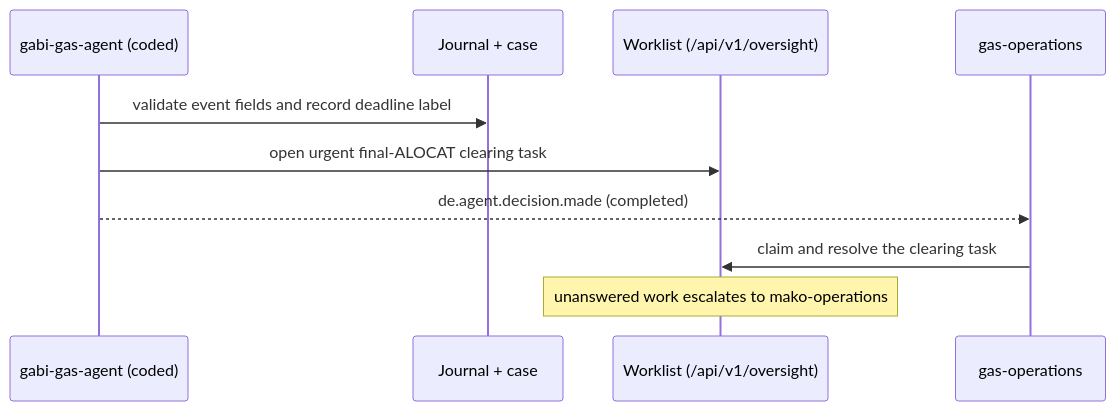
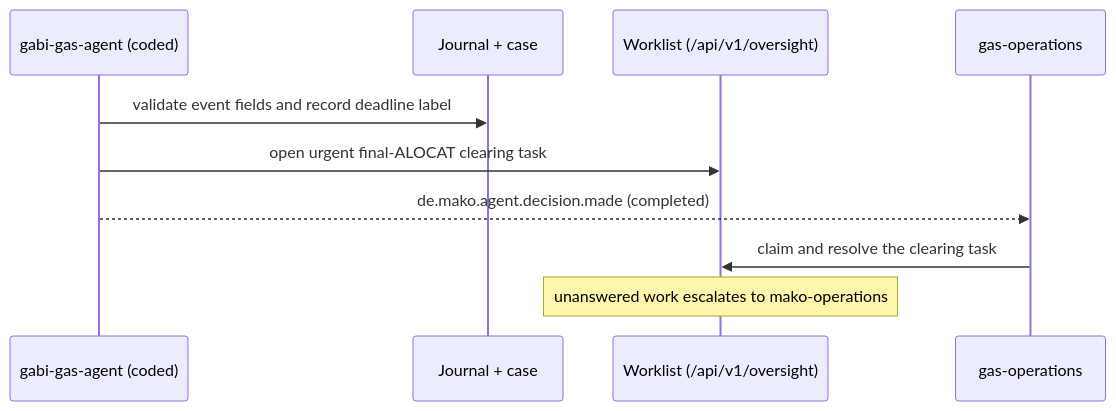
Before and after one commit to hupe1980/mako: the third of 4 diagrams in site/content/docs/services/agentd.md, drawn with Mermaid. The commit also changed other lines of this file and 379 other files, not shown here.

````diff
--- a/site/content/docs/services/agentd.md
+++ b/site/content/docs/services/agentd.md
@@ -644,13 +644,13 @@
 ```mermaid
 sequenceDiagram
     participant A as gabi-gas-agent (coded)
     participant J as Journal + case
     participant W as Worklist (/api/v1/oversight)
     participant H as gas-operations
 
     A->>J: validate event fields and record deadline label
     A->>W: open urgent final-ALOCAT clearing task
-    A-->>H: de.agent.decision.made (completed)
+    A-->>H: de.mako.agent.decision.made (completed)
     H->>W: claim and resolve the clearing task
     Note over W: unanswered work escalates to mako-operations
 ```
````
